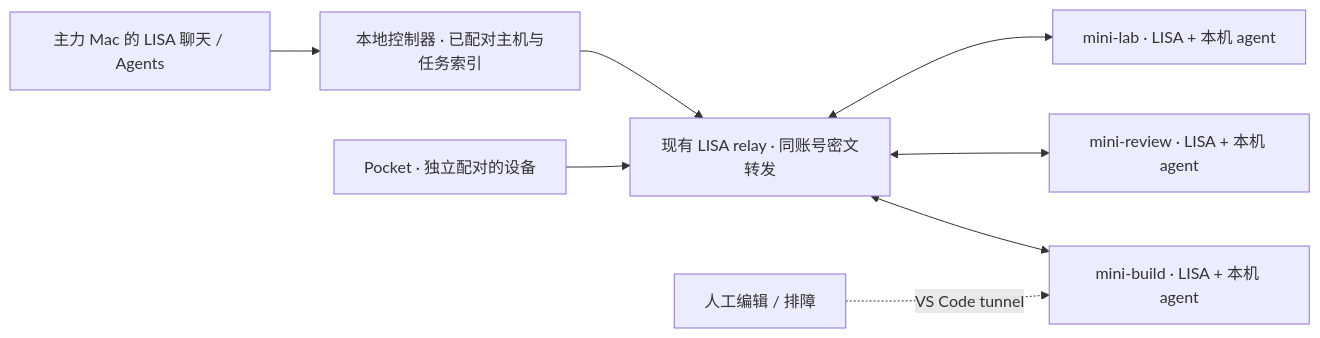
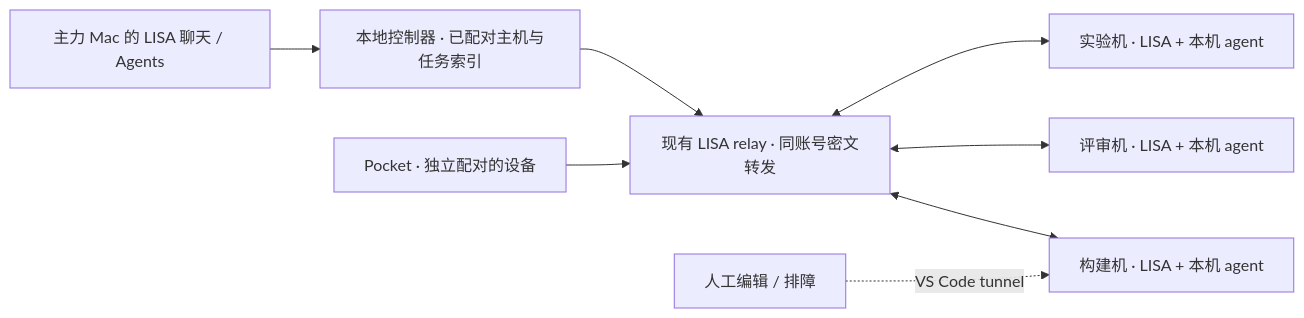
One commit to oratis/LISA changed the diagram in docs/PLAN_REMOTE_MAC_AGENTS_2026-11-08.md. Above: the diagram before and after it, drawn with Mermaid. The commit also changed other lines of this file, not shown here.

````diff
--- a/docs/PLAN_REMOTE_MAC_AGENTS_2026-11-08.md
+++ b/docs/PLAN_REMOTE_MAC_AGENTS_2026-11-08.md
@@ -43,10 +43,10 @@
 ```mermaid
 flowchart LR
   D["主力 Mac 的 LISA 聊天 / Agents"] --> C["本地控制器 · 已配对主机与任务索引"]
   P["Pocket · 独立配对的设备"] --> R["现有 LISA relay · 同账号密文转发"]
   C --> R
-  R <--> A["mini-build · LISA + 本机 agent"]
-  R <--> B["mini-review · LISA + 本机 agent"]
-  R <--> E["mini-lab · LISA + 本机 agent"]
+  R <--> A["构建机 · LISA + 本机 agent"]
+  R <--> B["评审机 · LISA + 本机 agent"]
+  R <--> E["实验机 · LISA + 本机 agent"]
   V["人工编辑 / 排障"] -. "VS Code tunnel" .-> A
 ```
````
